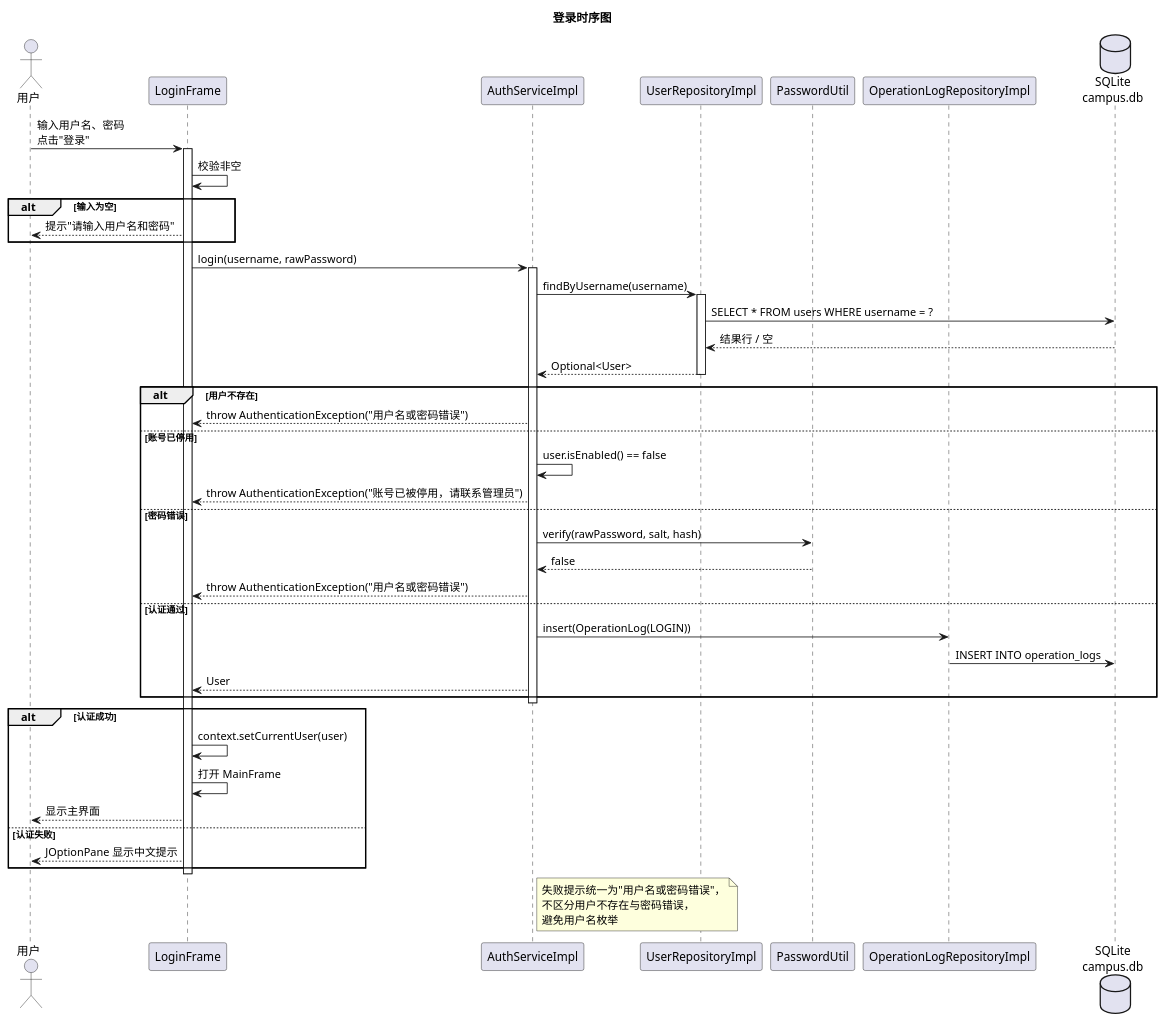
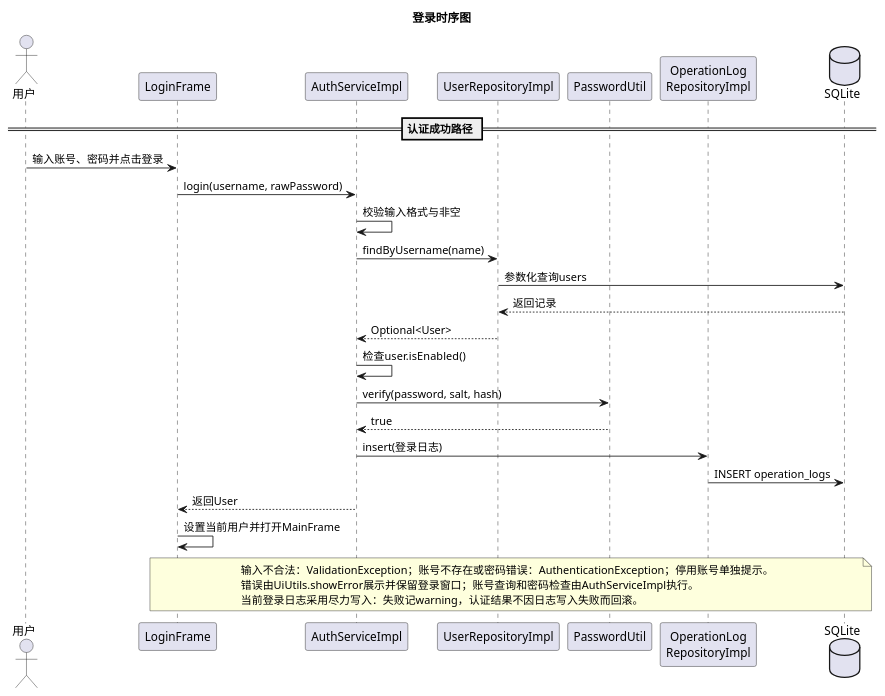
Before and after one commit to lvfuxing91-collab/campus-loop: the diagram in docs/设计/UML/时序图-登录.puml, drawn with PlantUML. The commit also changed 13 other files, not shown here.

```diff
--- a/docs/设计/UML/时序图-登录.puml
+++ b/docs/设计/UML/时序图-登录.puml
@@ -1,60 +1,33 @@
-@startuml 时序图-登录
+@startuml
+skinparam defaultFontName "Microsoft YaHei"
 skinparam shadowing false
+skinparam classAttributeIconSize 0
 title 登录时序图
-
-actor 用户
+actor "用户" as U
 participant "LoginFrame" as UI
-participant "AuthServiceImpl" as Auth
-participant "UserRepositoryImpl" as Repo
-participant "PasswordUtil" as Pwd
-participant "OperationLogRepositoryImpl" as Log
-database "SQLite\ncampus.db" as DB
-
-用户 -> UI : 输入用户名、密码\n点击"登录"
-activate UI
-UI -> UI : 校验非空
-alt 输入为空
-    UI --> 用户 : 提示"请输入用户名和密码"
-end
-
-UI -> Auth : login(username, rawPassword)
-activate Auth
-Auth -> Repo : findByUsername(username)
-activate Repo
-Repo -> DB : SELECT * FROM users WHERE username = ?
-DB --> Repo : 结果行 / 空
-Repo --> Auth : Optional<User>
-deactivate Repo
-
-alt 用户不存在
-    Auth --> UI : throw AuthenticationException("用户名或密码错误")
-else 账号已停用
-    Auth -> Auth : user.isEnabled() == false
-    Auth --> UI : throw AuthenticationException("账号已被停用，请联系管理员")
-else 密码错误
-    Auth -> Pwd : verify(rawPassword, salt, hash)
-    Pwd --> Auth : false
-    Auth --> UI : throw AuthenticationException("用户名或密码错误")
-else 认证通过
-    Auth -> Log : insert(OperationLog(LOGIN))
-    Log -> DB : INSERT INTO operation_logs
-    Auth --> UI : User
-end
-deactivate Auth
-
-alt 认证成功
-    UI -> UI : context.setCurrentUser(user)
-    UI -> UI : 打开 MainFrame
-    UI --> 用户 : 显示主界面
-else 认证失败
-    UI --> 用户 : JOptionPane 显示中文提示
-end
-deactivate UI
-
-note right of Auth
-  失败提示统一为"用户名或密码错误"，
-  不区分用户不存在与密码错误，
-  避免用户名枚举
+participant "AuthServiceImpl" as A
+participant "UserRepositoryImpl" as R
+participant "PasswordUtil" as P
+participant "OperationLog\nRepositoryImpl" as L
+database "SQLite" as DB
+== 认证成功路径 ==
+U -> UI : 输入账号、密码并点击登录
+UI -> A : login(username, rawPassword)
+A -> A : 校验输入格式与非空
+A -> R : findByUsername(name)
+R -> DB : 参数化查询users
+DB --> R : 返回记录
+R --> A : Optional<User>
+A -> A : 检查user.isEnabled()
+A -> P : verify(password, salt, hash)
+P --> A : true
+A -> L : insert(登录日志)
+L -> DB : INSERT operation_logs
+A --> UI : 返回User
+UI -> UI : 设置当前用户并打开MainFrame
+note over UI,DB
+输入不合法：ValidationException；账号不存在或密码错误：AuthenticationException；停用账号单独提示。
+错误由UiUtils.showError展示并保留登录窗口；账号查询和密码检查由AuthServiceImpl执行。
+当前登录日志采用尽力写入：失败记warning，认证结果不因日志写入失败而回滚。
 end note
-
 @enduml
```
